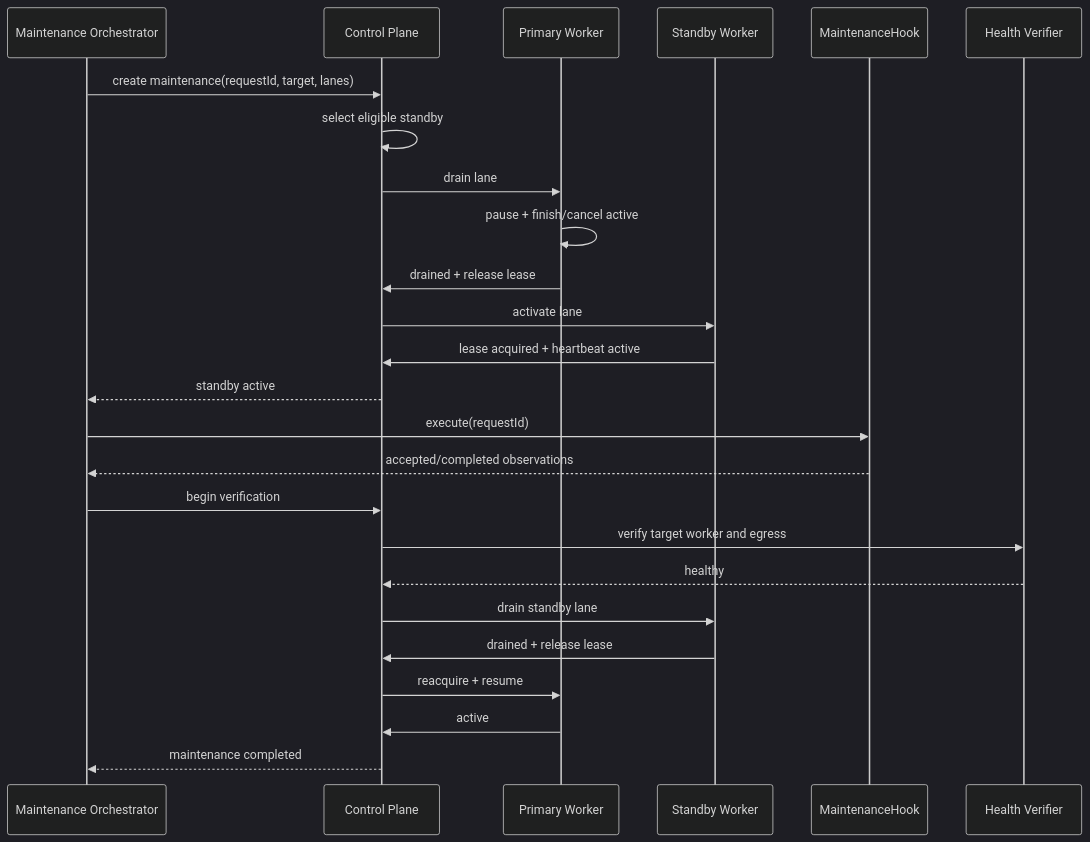
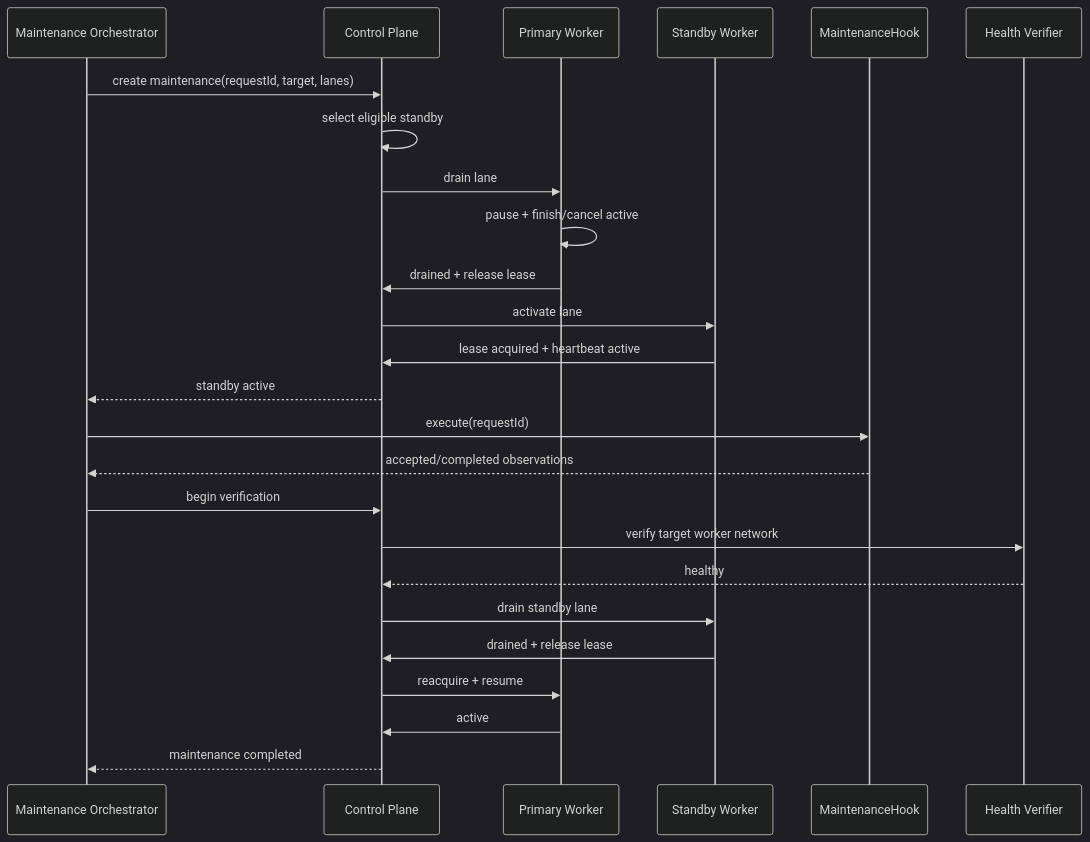
One commit to bakapiano/maimai-score-hub changed the diagram in docs/specs/sdgb-worker/multi-node-failover/03-failover-state-machine.md. Above: the diagram before and after it, drawn with Mermaid (dark theme). The commit also changed other lines of this file and 7 other files, not shown here.

Commit message:
docs(sdgb): simplify worker network identity

````diff
--- a/docs/specs/sdgb-worker/multi-node-failover/03-failover-state-machine.md
+++ b/docs/specs/sdgb-worker/multi-node-failover/03-failover-state-machine.md
@@ -169,28 +169,28 @@
 ```mermaid
 sequenceDiagram
     participant O as Maintenance Orchestrator
     participant C as Control Plane
     participant P as Primary Worker
     participant S as Standby Worker
     participant H as MaintenanceHook
     participant V as Health Verifier
 
     O->>C: create maintenance(requestId, target, lanes)
     C->>C: select eligible standby
     C->>P: drain lane
     P->>P: pause + finish/cancel active
     P->>C: drained + release lease
     C->>S: activate lane
     S->>C: lease acquired + heartbeat active
     C-->>O: standby active
     O->>H: execute(requestId)
     H-->>O: accepted/completed observations
     O->>C: begin verification
-    C->>V: verify target worker and egress
+    C->>V: verify target worker network
     V-->>C: healthy
     C->>S: drain standby lane
     S->>C: drained + release lease
     C->>P: reacquire + resume
     P->>C: active
     C-->>O: maintenance completed
 ```
````
